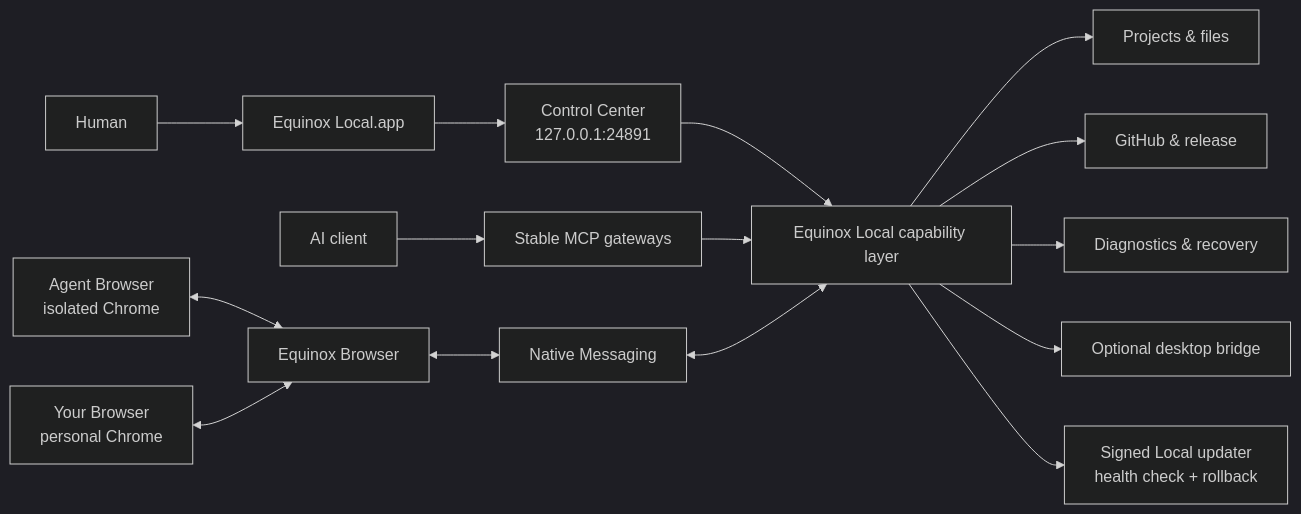
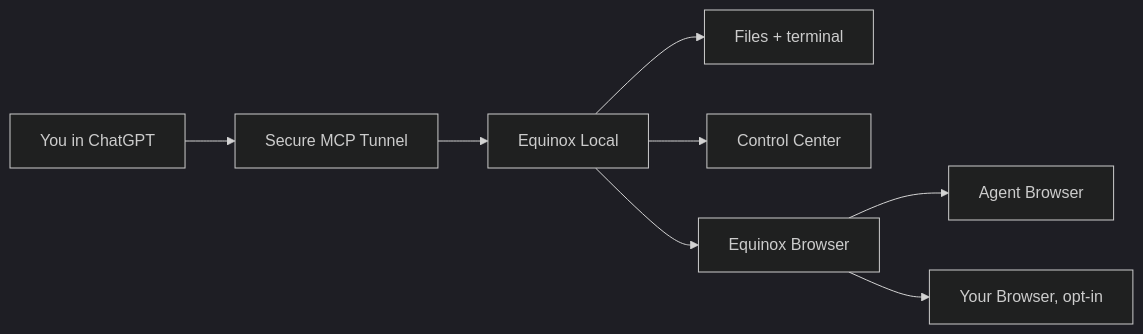
One commit to sametbasbug/equinox-local changed the diagram in README.md. Above: the diagram before and after it, drawn with Mermaid (dark theme). The commit also changed other lines of this file and 13 other files, not shown here.

````diff
--- a/README.md
+++ b/README.md
@@ -61,20 +97,10 @@
 ```mermaid
 flowchart LR
-    H[Human] --> APP[Equinox Local.app]
-    APP --> CC[Control Center\n127.0.0.1:24891]
-    A[AI client] --> MCP[Stable MCP gateways]
-    CC --> CORE[Equinox Local capability layer]
-    MCP --> CORE
-
-    CORE --> FILES[Projects & files]
-    CORE --> GIT[GitHub & release]
-    CORE --> RUNTIME[Diagnostics & recovery]
-    CORE --> PEEK[Optional desktop bridge]
-
-    AGENT[Agent Browser<br/>isolated Chrome] <--> EXT[Equinox Browser]
-    USER[Your Browser<br/>personal Chrome] <--> EXT
-    EXT <--> NM[Native Messaging]
-    NM <--> CORE
-
-    CORE --> UPDATE[Signed Local updater\nhealth check + rollback]
+    U[You in ChatGPT] --> T[Secure MCP Tunnel]
+    T --> L[Equinox Local]
+    L --> F[Files + terminal]
+    L --> C[Control Center]
+    L --> B[Equinox Browser]
+    B --> A[Agent Browser]
+    B --> Y[Your Browser, opt-in]
 ```
````
